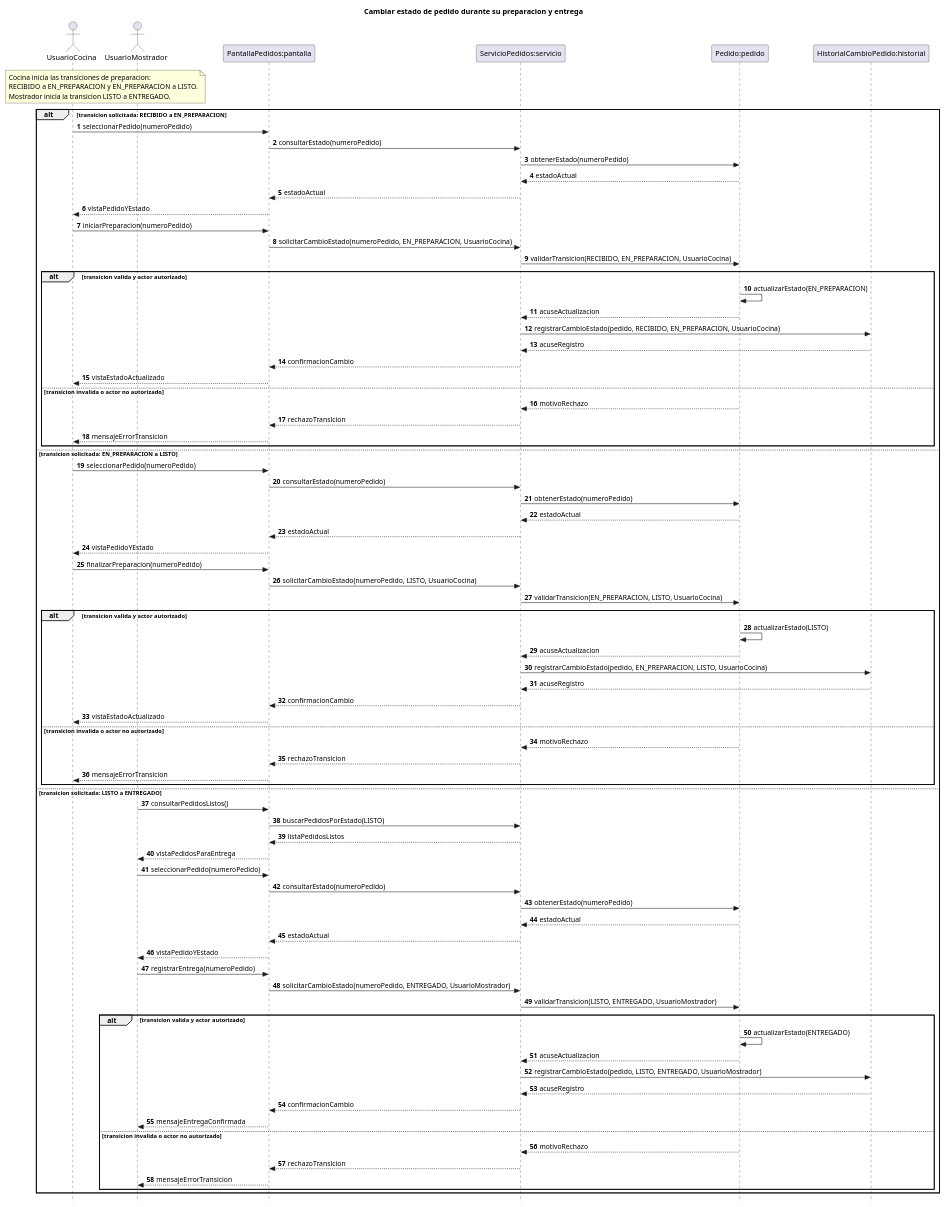
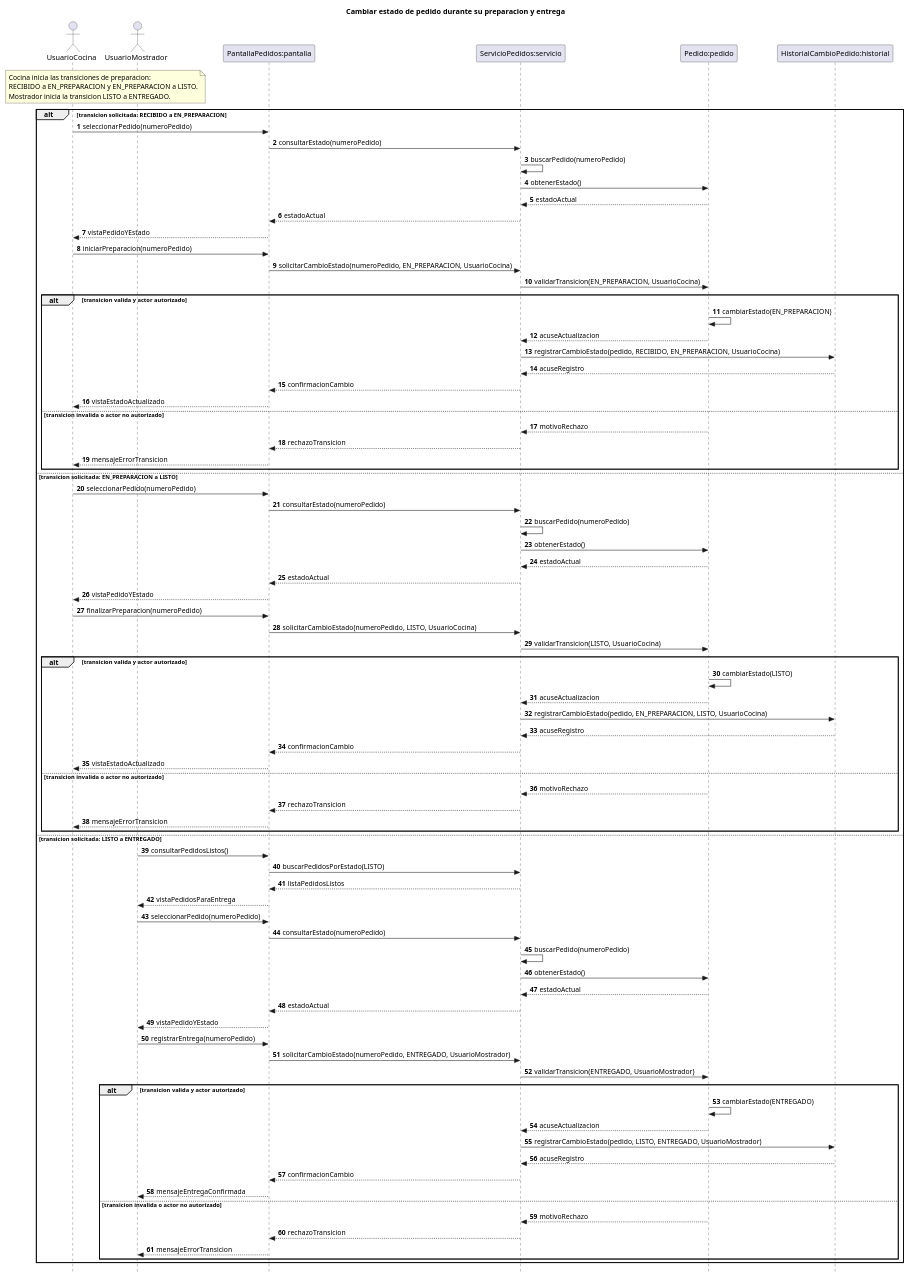
Before and after one commit to eloeyhe/SistemaPedidos: the diagram in diagramas/05-diagramas-secuencia/05-secuencia-cambiar-estado-pedido-avance-preparacion-04.puml, drawn with PlantUML. The commit also changed 28 other files, not shown here.

First line of the commit message:
Unifico CU5 y los contratos de CU2, CU3 y CU4 y actualizo el diagrama final segun RC4 y RC18 a RC23

```diff
--- a/diagramas/05-diagramas-secuencia/05-secuencia-cambiar-estado-pedido-avance-preparacion-04.puml
+++ b/diagramas/05-diagramas-secuencia/05-secuencia-cambiar-estado-pedido-avance-preparacion-04.puml
@@ -1,96 +1,99 @@
 @startuml
 title Cambiar estado de pedido durante su preparacion y entrega
 autonumber
 skinparam style strictuml
 hide footbox
 
 actor UsuarioCocina
 actor UsuarioMostrador
 participant "PantallaPedidos:pantalla" as pantalla
 participant "ServicioPedidos:servicio" as servicio
 participant "Pedido:pedido" as pedido
 participant "HistorialCambioPedido:historial" as historial
 
 note over UsuarioCocina, UsuarioMostrador
     Cocina inicia las transiciones de preparacion:
     RECIBIDO a EN_PREPARACION y EN_PREPARACION a LISTO.
     Mostrador inicia la transicion LISTO a ENTREGADO.
 end note
 
 alt transicion solicitada: RECIBIDO a EN_PREPARACION
     UsuarioCocina -> pantalla : seleccionarPedido(numeroPedido)
     pantalla -> servicio : consultarEstado(numeroPedido)
-    servicio -> pedido : obtenerEstado(numeroPedido)
+    servicio -> servicio : buscarPedido(numeroPedido)
+    servicio -> pedido : obtenerEstado()
     pedido --> servicio : estadoActual
     servicio --> pantalla : estadoActual
     pantalla --> UsuarioCocina : vistaPedidoYEstado
 
     UsuarioCocina -> pantalla : iniciarPreparacion(numeroPedido)
     pantalla -> servicio : solicitarCambioEstado(numeroPedido, EN_PREPARACION, UsuarioCocina)
-    servicio -> pedido : validarTransicion(RECIBIDO, EN_PREPARACION, UsuarioCocina)
+    servicio -> pedido : validarTransicion(EN_PREPARACION, UsuarioCocina)
     alt transicion valida y actor autorizado
-        pedido -> pedido : actualizarEstado(EN_PREPARACION)
+        pedido -> pedido : cambiarEstado(EN_PREPARACION)
         pedido --> servicio : acuseActualizacion
         servicio -> historial : registrarCambioEstado(pedido, RECIBIDO, EN_PREPARACION, UsuarioCocina)
         historial --> servicio : acuseRegistro
         servicio --> pantalla : confirmacionCambio
         pantalla --> UsuarioCocina : vistaEstadoActualizado
     else transicion invalida o actor no autorizado
         pedido --> servicio : motivoRechazo
         servicio --> pantalla : rechazoTransicion
         pantalla --> UsuarioCocina : mensajeErrorTransicion
     end
 
 else transicion solicitada: EN_PREPARACION a LISTO
     UsuarioCocina -> pantalla : seleccionarPedido(numeroPedido)
     pantalla -> servicio : consultarEstado(numeroPedido)
-    servicio -> pedido : obtenerEstado(numeroPedido)
+    servicio -> servicio : buscarPedido(numeroPedido)
+    servicio -> pedido : obtenerEstado()
     pedido --> servicio : estadoActual
     servicio --> pantalla : estadoActual
     pantalla --> UsuarioCocina : vistaPedidoYEstado
 
     UsuarioCocina -> pantalla : finalizarPreparacion(numeroPedido)
     pantalla -> servicio : solicitarCambioEstado(numeroPedido, LISTO, UsuarioCocina)
-    servicio -> pedido : validarTransicion(EN_PREPARACION, LISTO, UsuarioCocina)
+    servicio -> pedido : validarTransicion(LISTO, UsuarioCocina)
     alt transicion valida y actor autorizado
-        pedido -> pedido : actualizarEstado(LISTO)
+        pedido -> pedido : cambiarEstado(LISTO)
         pedido --> servicio : acuseActualizacion
         servicio -> historial : registrarCambioEstado(pedido, EN_PREPARACION, LISTO, UsuarioCocina)
         historial --> servicio : acuseRegistro
         servicio --> pantalla : confirmacionCambio
         pantalla --> UsuarioCocina : vistaEstadoActualizado
     else transicion invalida o actor no autorizado
         pedido --> servicio : motivoRechazo
         servicio --> pantalla : rechazoTransicion
         pantalla --> UsuarioCocina : mensajeErrorTransicion
     end
 
 else transicion solicitada: LISTO a ENTREGADO
     UsuarioMostrador -> pantalla : consultarPedidosListos()
     pantalla -> servicio : buscarPedidosPorEstado(LISTO)
     servicio --> pantalla : listaPedidosListos
     pantalla --> UsuarioMostrador : vistaPedidosParaEntrega
     UsuarioMostrador -> pantalla : seleccionarPedido(numeroPedido)
     pantalla -> servicio : consultarEstado(numeroPedido)
-    servicio -> pedido : obtenerEstado(numeroPedido)
+    servicio -> servicio : buscarPedido(numeroPedido)
+    servicio -> pedido : obtenerEstado()
     pedido --> servicio : estadoActual
     servicio --> pantalla : estadoActual
     pantalla --> UsuarioMostrador : vistaPedidoYEstado
 
     UsuarioMostrador -> pantalla : registrarEntrega(numeroPedido)
     pantalla -> servicio : solicitarCambioEstado(numeroPedido, ENTREGADO, UsuarioMostrador)
-    servicio -> pedido : validarTransicion(LISTO, ENTREGADO, UsuarioMostrador)
+    servicio -> pedido : validarTransicion(ENTREGADO, UsuarioMostrador)
     alt transicion valida y actor autorizado
-        pedido -> pedido : actualizarEstado(ENTREGADO)
+        pedido -> pedido : cambiarEstado(ENTREGADO)
         pedido --> servicio : acuseActualizacion
         servicio -> historial : registrarCambioEstado(pedido, LISTO, ENTREGADO, UsuarioMostrador)
         historial --> servicio : acuseRegistro
         servicio --> pantalla : confirmacionCambio
         pantalla --> UsuarioMostrador : mensajeEntregaConfirmada
     else transicion invalida o actor no autorizado
         pedido --> servicio : motivoRechazo
         servicio --> pantalla : rechazoTransicion
         pantalla --> UsuarioMostrador : mensajeErrorTransicion
     end
 end
 @enduml
```
